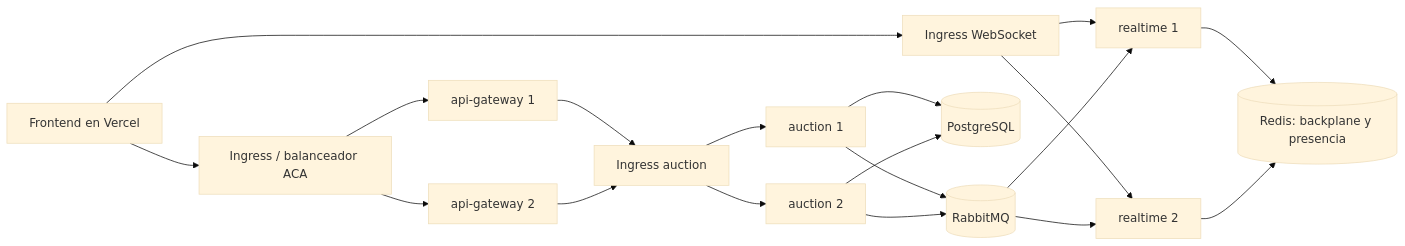
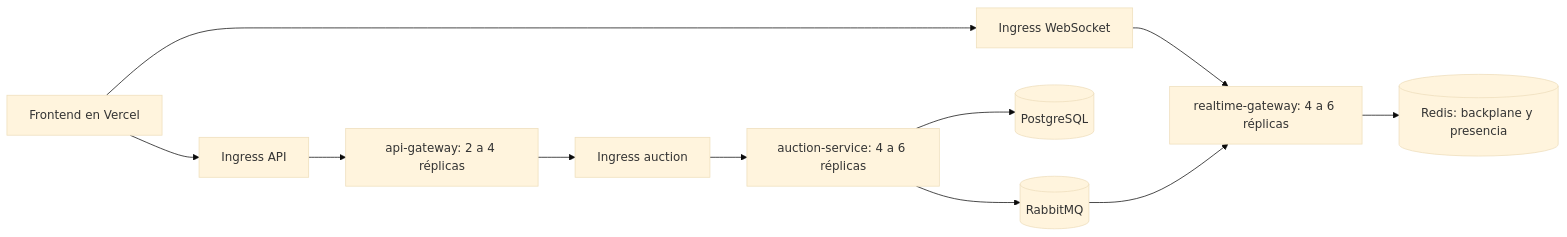
One commit to CafeOrbe/cafeorbe-infra changed the diagram in docs/DIS-01.md. Above: the diagram before and after it, drawn with Mermaid (base theme). The commit also changed other lines of this file and 5 other files, not shown here.

````diff
--- a/docs/DIS-01.md
+++ b/docs/DIS-01.md
@@ -21,16 +37,13 @@
 ```mermaid
 flowchart LR
-    web[Frontend en Vercel] --> lb1[Ingress / balanceador ACA]
-    lb1 --> api1[api-gateway 1]
-    lb1 --> api2[api-gateway 2]
-    api1 & api2 --> lb2[Ingress auction]
-    lb2 --> au1[auction 1]
-    lb2 --> au2[auction 2]
+    web[Frontend en Vercel] --> lb1[Ingress API]
+    lb1 --> api[api-gateway: 2 a 4 réplicas]
+    api --> lb2[Ingress auction]
+    lb2 --> au[auction-service: 4 a 6 réplicas]
     web --> lb3[Ingress WebSocket]
-    lb3 --> rt1[realtime 1]
-    lb3 --> rt2[realtime 2]
-    au1 & au2 --> pg[(PostgreSQL)]
-    au1 & au2 --> mq[(RabbitMQ)]
-    rt1 & rt2 --> redis[(Redis: backplane y presencia)]
-    mq --> rt1 & rt2
+    lb3 --> rt[realtime-gateway: 4 a 6 réplicas]
+    au --> pg[(PostgreSQL)]
+    au --> mq[(RabbitMQ)]
+    mq --> rt
+    rt --> redis[(Redis: backplane y presencia)]
 ```
````
